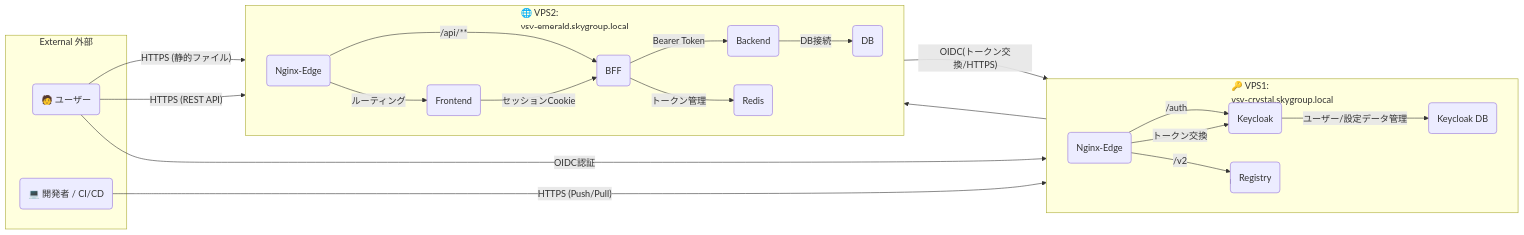
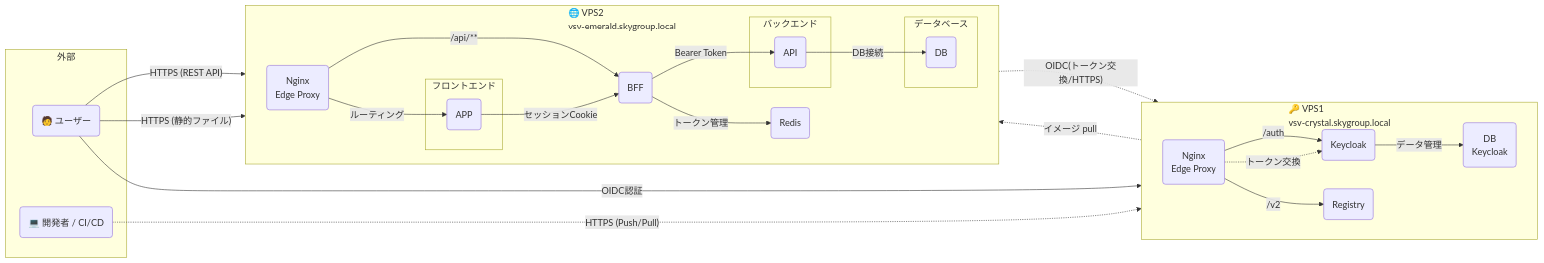
The first of 5 diagrams in system-architecture-overview-vps2.md (Ndia-R/api-gateway-bff), drawn with Mermaid before and after one commit. The commit also changed other lines of this file and 59 other files, not shown here.

First line of the commit message:
feat: Add unit and integration tests for API proxy and authentication services

````diff
--- a/system-architecture-overview-vps2.md
+++ b/system-architecture-overview-vps2.md
@@ -16,55 +16,60 @@
 ```mermaid
 graph LR
-    subgraph External 外部
+    subgraph 外部
         User(🧑 ユーザー)
         Developer(💻 開発者 / CI/CD)
     end
 
-    %% VPS2のタイトルに全角スペースを挿入して右寄せに見せる
-    subgraph VPS1 [🔑 VPS1:</br>vsv-crystal.skygroup.local]
+    subgraph VPS1 [🔑 VPS1<br>vsv-crystal.skygroup.local]
         direction LR
-        Nginx_Crystal(Nginx-Edge)
+        Nginx_VPS1(Nginx<br>Edge Proxy)
         Keycloak(Keycloak)
-        Keycloak_DB(Keycloak DB)
+        Keycloak_DB(DB<br>Keycloak)
         Registry(Registry)
     end
 
-    subgraph VPS2 [🌐 VPS2:<br/>vsv-emerald.skygroup.local]
+    subgraph VPS2 [🌐 VPS2<br>vsv-emerald.skygroup.local]
         direction LR
-        Nginx_Emerald(Nginx-Edge)
-        Frontend(Frontend)
+        Nginx_VPS2(Nginx<br>Edge Proxy)
+        subgraph Apps [フロントエンド]
+            APP(APP)
+        end
         BFF(BFF)
-        Backend(Backend)
+        subgraph Apis [バックエンド]
+            API(API)
+        end
         Redis(Redis)
-        DB(DB)
+        subgraph Databases [データベース]
+            DB(DB)
+        end
     end
 
     %% ユーザーアクセス (VPS1へ - 認証・レジストリ)
-    User -- OIDC認証 --> Nginx_Crystal
-    Nginx_Crystal -- /auth --> Keycloak
-    Developer -- HTTPS (Push/Pull) --> Nginx_Crystal
-    Nginx_Crystal -- /v2 --> Registry
+    User -- OIDC認証 --> Nginx_VPS1
+    Nginx_VPS1 -- /auth --> Keycloak
+    Developer -. HTTPS (Push/Pull) .-> Nginx_VPS1
+    Nginx_VPS1 -- /v2 --> Registry
 
     %% ユーザーアクセス (VPS2へ - 2つの経路)
-    User -- HTTPS (静的ファイル) --> Nginx_Emerald
-    Nginx_Emerald -- ルーティング --> Frontend
-    User -- HTTPS (REST API) --> Nginx_Emerald
-    Nginx_Emerald -- /api/** --> BFF
+    User -- HTTPS (REST API) --> Nginx_VPS2
+    Nginx_VPS2 -- /api/** --> BFF
+    User -- HTTPS (静的ファイル) --> Nginx_VPS2
+    Nginx_VPS2 -- ルーティング --> APP
 
     %% 認証フロー (VPS間連携)
-    BFF -- OIDC(トークン交換/HTTPS) --> Nginx_Crystal
-    Nginx_Crystal -- トークン交換 --> Keycloak
+    BFF -. OIDC(トークン交換/HTTPS) .-> Nginx_VPS1
+    Nginx_VPS1 -. トークン交換 .-> Keycloak
 
     %% VPS1 内部通信
-    Keycloak -- ユーザー/設定データ管理 --> Keycloak_DB
+    Keycloak -- データ管理 --> Keycloak_DB
 
     %% アプリケーション内通信 (VPS2内部)
-    Frontend -- セッションCookie --> BFF
-    BFF -- Bearer Token --> Backend
+    APP -- セッションCookie --> BFF
+    BFF -- Bearer Token --> API
     BFF -- トークン管理 --> Redis
-    Backend -- DB接続 --> DB
+    API -- DB接続 --> DB
 
     %% その他依存関係
-    %% VPS1とVPS2のコンテナはRegistryからPullされる
-    Registry --> VPS1 & VPS2
+    %% VPS2のコンテナはRegistryからPullされる
+    Registry -. イメージ pull .-> VPS2
 ```
````
